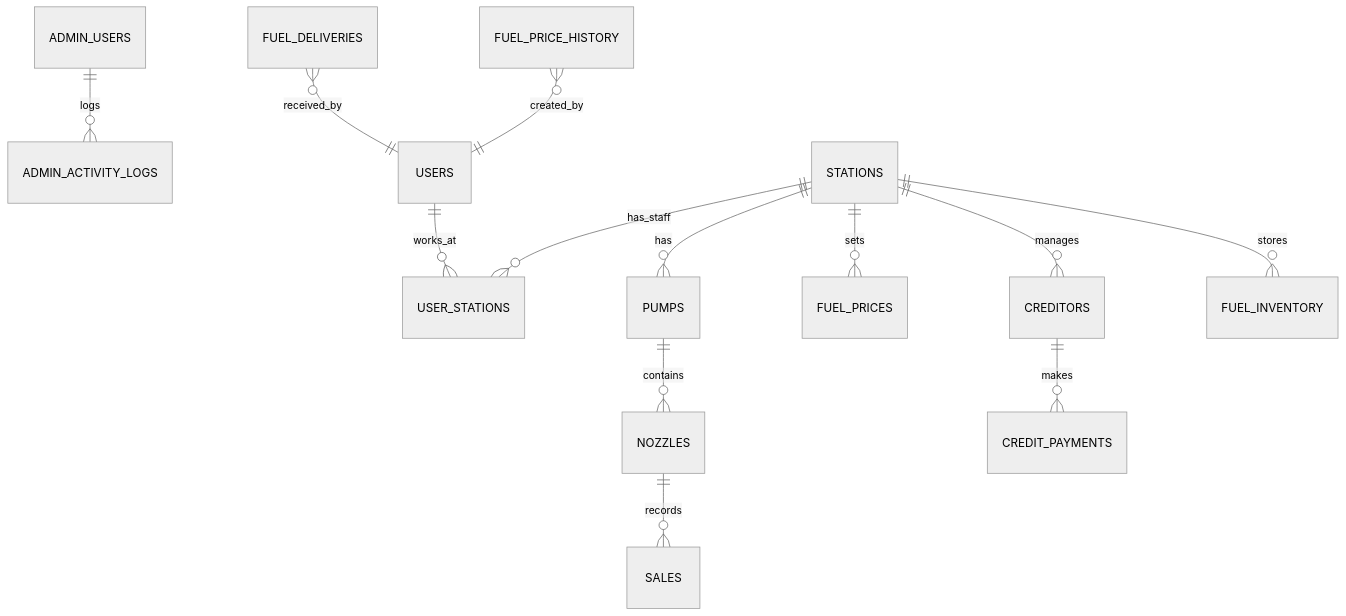
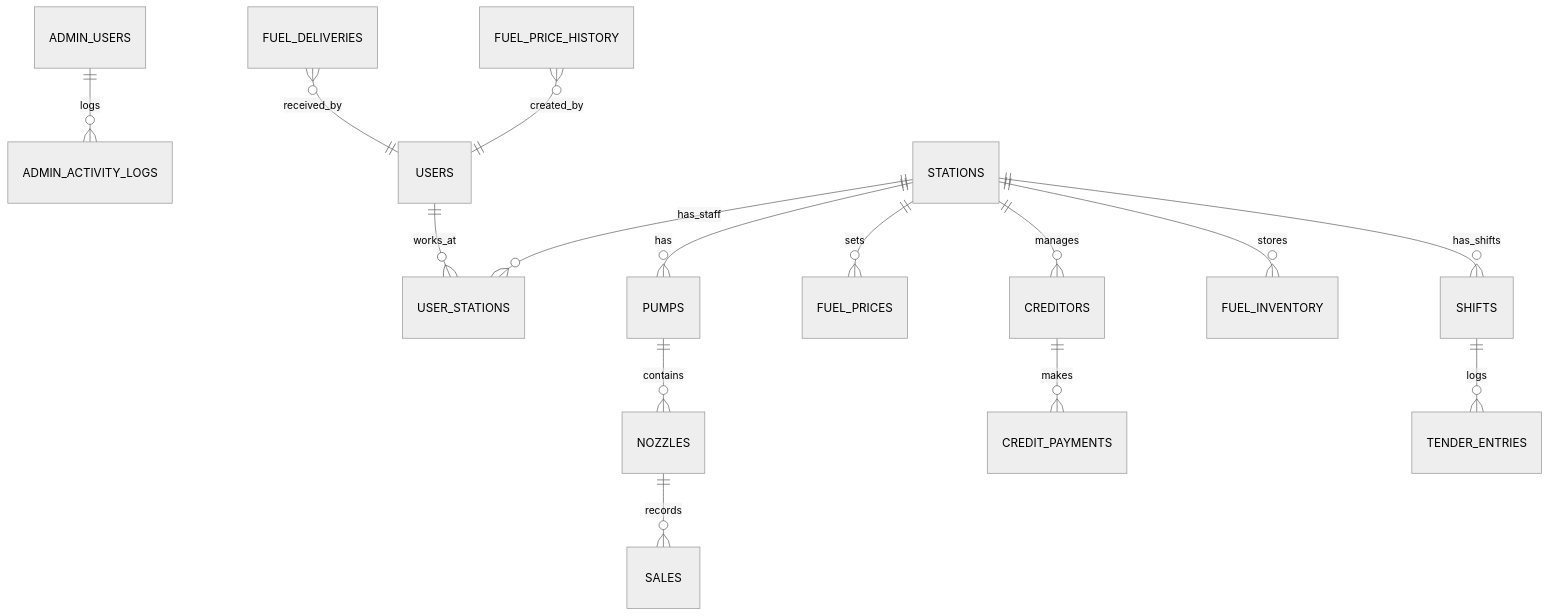
Before and after one commit to iamramakanthreddyk/fuelsync-hub: the diagram in docs/ERD.md, drawn with Mermaid (neutral theme). The commit also changed 39 other files, not shown here.

````diff
--- a/docs/ERD.md
+++ b/docs/ERD.md
@@ -1,15 +1,17 @@
 ```mermaid
 erDiagram
     ADMIN_USERS ||--o{ ADMIN_ACTIVITY_LOGS : "logs"
     USERS ||--o{ USER_STATIONS : "works_at"
     STATIONS ||--o{ USER_STATIONS : "has_staff"
     STATIONS ||--o{ PUMPS : "has"
     PUMPS ||--o{ NOZZLES : "contains"
     NOZZLES ||--o{ SALES : "records"
     STATIONS ||--o{ FUEL_PRICES : "sets"
     STATIONS ||--o{ CREDITORS : "manages"
     CREDITORS ||--o{ CREDIT_PAYMENTS : "makes"
     STATIONS ||--o{ FUEL_INVENTORY : "stores"
+    STATIONS ||--o{ SHIFTS : "has_shifts"
+    SHIFTS ||--o{ TENDER_ENTRIES : "logs"
     FUEL_DELIVERIES }o--|| USERS : "received_by"
     FUEL_PRICE_HISTORY }o--|| USERS : "created_by"
 ```
````
